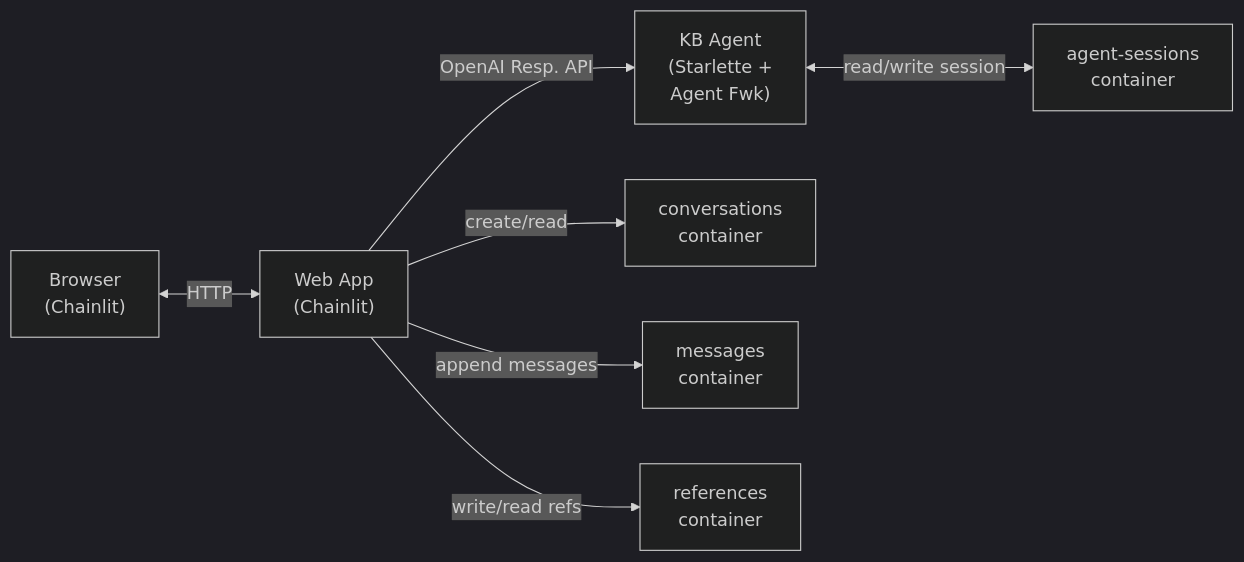
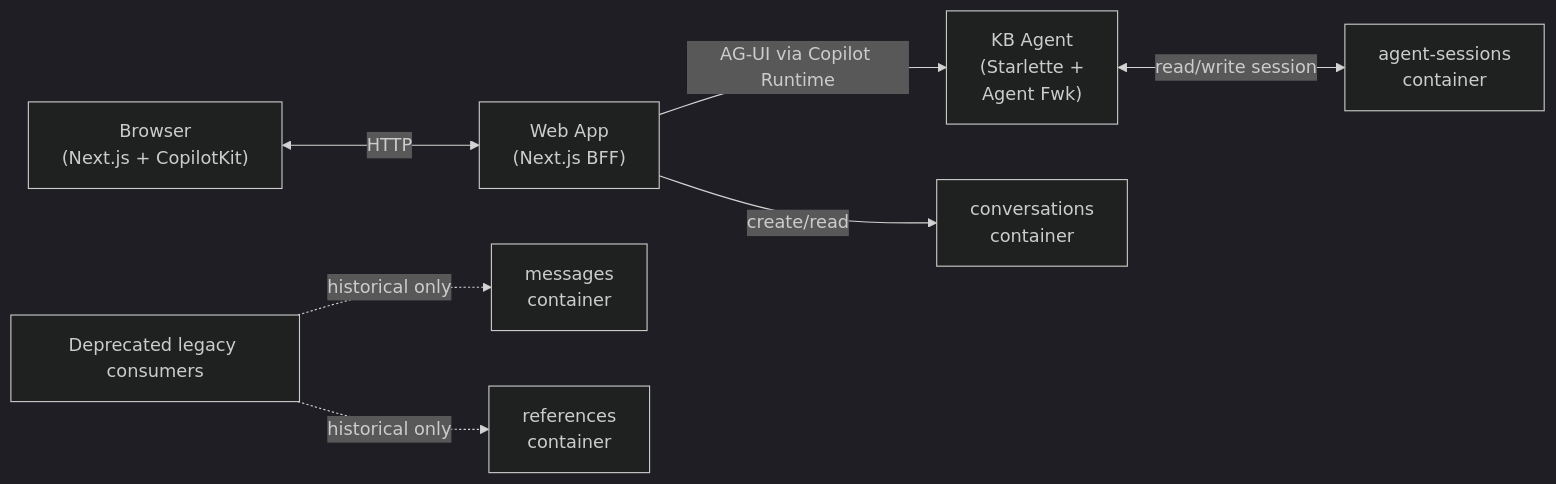
The diagram in docs/specs/agent-memory.md (aldelar/context-aware-vision-grounded-kb-agent), drawn with Mermaid (dark theme) before and after one commit. The commit also changed other lines of this file and 93 other files, not shown here.

````diff
--- a/docs/specs/agent-memory.md
+++ b/docs/specs/agent-memory.md
@@ -16,9 +16,9 @@
 ```mermaid
 flowchart LR
-    Browser["Browser<br/>(Chainlit)"] <-->|HTTP| WebApp["Web App<br/>(Chainlit)"]
-    WebApp -->|OpenAI Resp. API| Agent["KB Agent<br/>(Starlette +<br/>Agent Fwk)"]
+    Browser["Browser<br/>(Next.js + CopilotKit)"] <-->|HTTP| WebApp["Web App<br/>(Next.js BFF)"]
+    WebApp -->|AG-UI via Copilot Runtime| Agent["KB Agent<br/>(Starlette +<br/>Agent Fwk)"]
     Agent <-->|read/write session| Sessions["agent-sessions<br/>container"]
     WebApp -->|create/read| Conversations["conversations<br/>container"]
-    WebApp -->|append messages| Messages["messages<br/>container"]
-    WebApp -->|write/read refs| References["references<br/>container"]
+    Legacy["Deprecated legacy consumers"] -. historical only .-> Messages["messages<br/>container"]
+    Legacy -. historical only .-> References["references<br/>container"]
 ```
````
